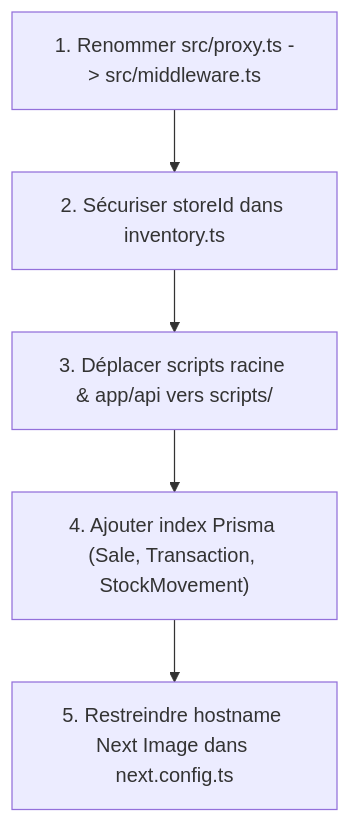
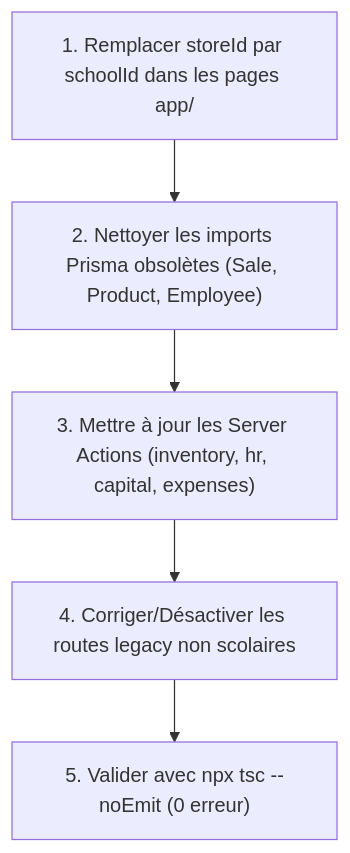
One commit to Musatec/musages changed the diagram in rapport_complet_diagnostic.md. Above: the diagram before and after it, drawn with Mermaid. The commit also changed other lines of this file and 151 other files, not shown here.

````diff
--- a/rapport_complet_diagnostic.md
+++ b/rapport_complet_diagnostic.md
@@ -105,7 +81,7 @@
 ```mermaid
 graph TD
-    A["1. Renommer src/proxy.ts -> src/middleware.ts"] --> B["2. Sécuriser storeId dans inventory.ts"]
-    B --> C["3. Déplacer scripts racine & app/api vers scripts/"]
-    C --> D["4. Ajouter index Prisma (Sale, Transaction, StockMovement)"]
-    D --> E["5. Restreindre hostname Next Image dans next.config.ts"]
+    A["1. Remplacer storeId par schoolId dans les pages app/"] --> B["2. Nettoyer les imports Prisma obsolètes (Sale, Product, Employee)"]
+    B --> C["3. Mettre à jour les Server Actions (inventory, hr, capital, expenses)"]
+    C --> D["4. Corriger/Désactiver les routes legacy non scolaires"]
+    D --> E["5. Valider avec npx tsc --noEmit (0 erreur)"]
 ```
````
